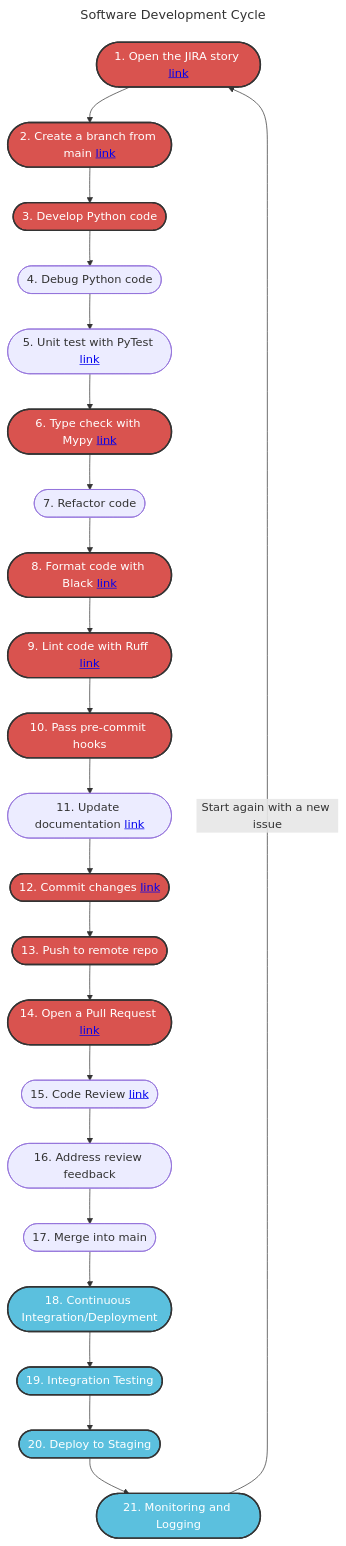
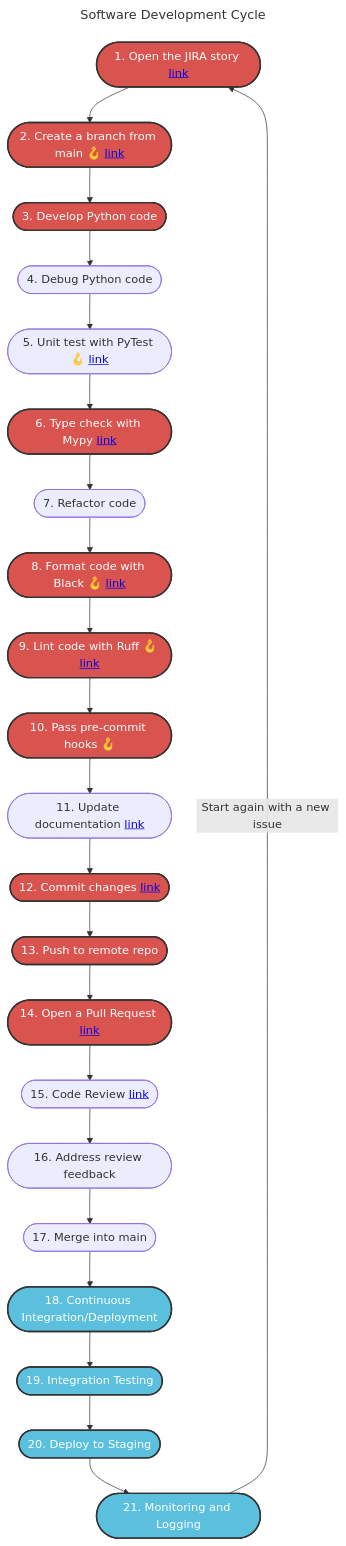
Before and after one commit to markeyser/cookiecutter-collabora: the diagram in docs/getting-started/software-development-lifecycle.md, drawn with Mermaid.

Commit message:
docs(getting-started): add hook emoji to indicate pre-commit hooks in software development lifecycle
Added the hook emoji (🪝) to sections 2, 5, 8, 9, and 10 in the software development lifecycle flowchart to indicate that these steps are part of the pre-commit hooks.

````diff
--- a/docs/getting-started/software-development-lifecycle.md
+++ b/docs/getting-started/software-development-lifecycle.md
@@ -9,32 +9,32 @@
 ```mermaid
 ---
 title: Software Development Cycle
 ---
 flowchart TB
-  A([1. Open the JIRA story <a href='https://markeyser.github.io/cookiecutter-collabora/how-to-guides/jira-story-best-practices/?h=jira'>link</a>]) --> B([2. Create a branch from main <a href='https://markeyser.github.io/cookiecutter-collabora/how-to-guides/git-branch-naming-standards/'>link</a>])
+  A([1. Open the JIRA story <a href='https://markeyser.github.io/cookiecutter-collabora/how-to-guides/jira-story-best-practices/?h=jira'>link</a>]) --> B([2. Create a branch from main 🪝 <a href='https://markeyser.github.io/cookiecutter-collabora/how-to-guides/git-branch-naming-standards/'>link</a>])
   B --> C([3. Develop Python code])
   C --> D([4. Debug Python code])
-  D --> E([5. Unit test with PyTest <a href='https://markeyser.github.io/cookiecutter-collabora/how-to-guides/introduction-to-doctest/?h=test'>link</a>])
+  D --> E([5. Unit test with PyTest 🪝 <a href='https://markeyser.github.io/cookiecutter-collabora/how-to-guides/introduction-to-doctest/?h=test'>link</a>])
   E --> F([6. Type check with Mypy <a href='https://markeyser.github.io/cookiecutter-collabora/how-to-guides/type-checking-mypy/?h=type+che'>link</a>])
   F --> G([7. Refactor code])
-  G --> H([8. Format code with Black <a href='https://markeyser.github.io/cookiecutter-collabora/tutorials/black-formatter/?h=black'>link</a>])
-  H --> I([9. Lint code with Ruff <a href='https://markeyser.github.io/cookiecutter-collabora/tutorials/ruff-linter/?h=lint'>link</a>])
-  I --> J([10. Pass pre-commit hooks])
+  G --> H([8. Format code with Black 🪝 <a href='https://markeyser.github.io/cookiecutter-collabora/tutorials/black-formatter/?h=black'>link</a>])
+  H --> I([9. Lint code with Ruff 🪝 <a href='https://markeyser.github.io/cookiecutter-collabora/tutorials/ruff-linter/?h=lint'>link</a>])
+  I --> J([10. Pass pre-commit hooks 🪝])
   J --> K([11. Update documentation <a href='https://markeyser.github.io/cookiecutter-collabora/tutorials/mkdocs-docs/?h=mkd'>link</a>])
   K --> L([12. Commit changes <a href='https://markeyser.github.io/cookiecutter-collabora/how-to-guides/commit-message-standards-ml/?h=commit'>link</a>])
   L --> M([13. Push to remote repo])
   M --> N([14. Open a Pull Request <a href='https://markeyser.github.io/cookiecutter-collabora/how-to-guides/templates/?h=pull'>link</a>])
   N --> O([15. Code Review <a href='https://markeyser.github.io/cookiecutter-collabora/how-to-guides/code-review-best-practices/?h=review'>link</a>])
   O --> P([16. Address review feedback])
   P --> Q([17. Merge into main])
   Q --> R([18. Continuous Integration/Deployment])
   R --> S([19. Integration Testing])
   S --> T([20. Deploy to Staging])
   T --> U([21. Monitoring and Logging])
   U --> |Start again with a new issue|A
 
   classDef highlighted fill:#d9534f,stroke:#333,stroke-width:2px,color:#fff;
   classDef blue fill:#5bc0de,stroke:#333,stroke-width:2px,color:#fff;
   class A,B,C,F,H,I,J,L,M,N highlighted;
   class R,S,T,U blue;
 ```
````
